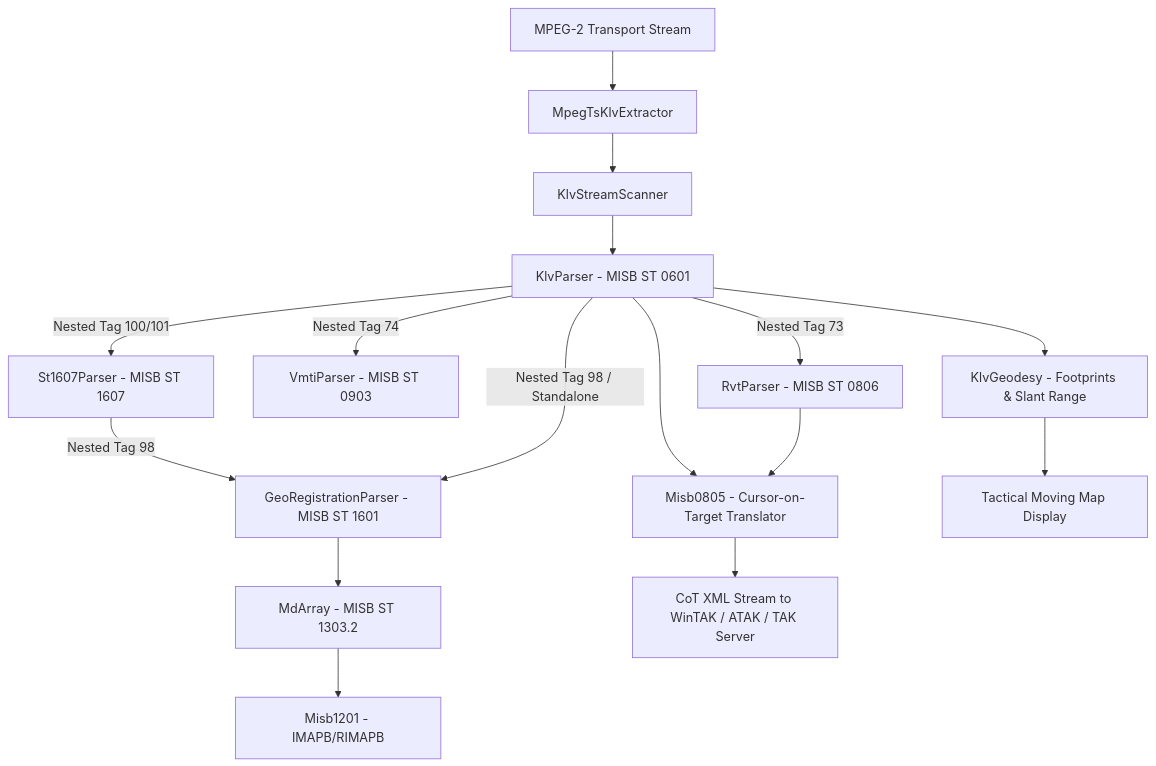
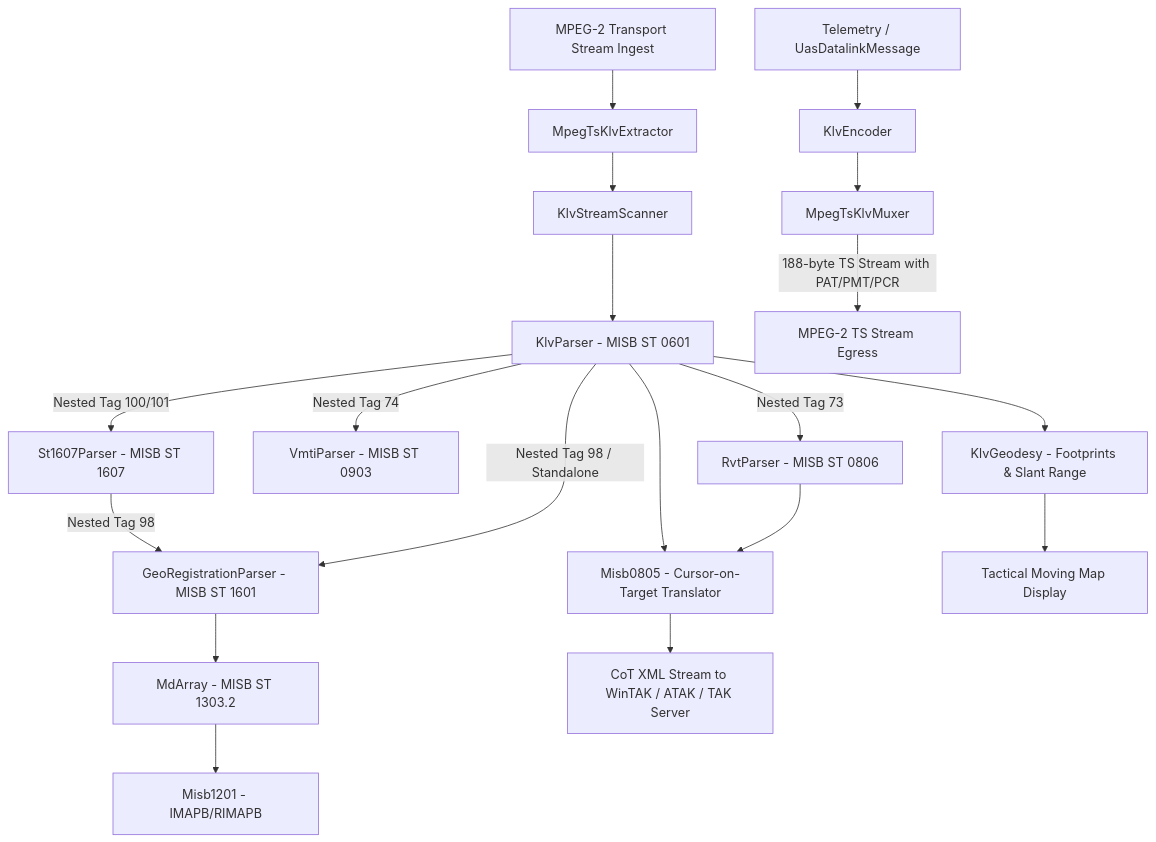
One commit to svagionitis/PelcoD-Controller changed the diagram in docs/KLV_Features.md. Above: the diagram before and after it, drawn with Mermaid. The commit also changed other lines of this file and 6 other files, not shown here.

First line of the commit message:
feat(klv): add MPEG-TS KLV multiplexer

````diff
--- a/docs/KLV_Features.md
+++ b/docs/KLV_Features.md
@@ -92,22 +91,26 @@
 ```mermaid
 graph TD
-    TS[MPEG-2 Transport Stream] --> Extractor[MpegTsKlvExtractor]
+    TS_IN[MPEG-2 Transport Stream Ingest] --> Extractor[MpegTsKlvExtractor]
     Extractor --> Scanner[KlvStreamScanner]
     Scanner --> ST0601[KlvParser - MISB ST 0601]
 
     ST0601 -->|Nested Tag 73| RVT[RvtParser - MISB ST 0806]
     ST0601 -->|Nested Tag 74| VMTI[VmtiParser - MISB ST 0903]
     ST0601 -->|Nested Tag 100/101| ST1607[St1607Parser - MISB ST 1607]
     ST1607 -->|Nested Tag 98| GEOR[GeoRegistrationParser - MISB ST 1601]
     ST0601 -->|Nested Tag 98 / Standalone| GEOR
 
     GEOR --> MDARRAY[MdArray - MISB ST 1303.2]
     MDARRAY --> MISB1201[Misb1201 - IMAPB/RIMAPB]
 
     ST0601 --> GEODESY[KlvGeodesy - Footprints & Slant Range]
     ST0601 --> COT[Misb0805 - Cursor-on-Target Translator]
     RVT --> COT
 
     COT --> TAK[CoT XML Stream to WinTAK / ATAK / TAK Server]
     GEODESY --> MAP[Tactical Moving Map Display]
+
+    MSG[Telemetry / UasDatalinkMessage] --> Encoder[KlvEncoder]
+    Encoder --> Muxer[MpegTsKlvMuxer]
+    Muxer -->|188-byte TS Stream with PAT/PMT/PCR| TS_OUT[MPEG-2 TS Stream Egress]
 ```
````
